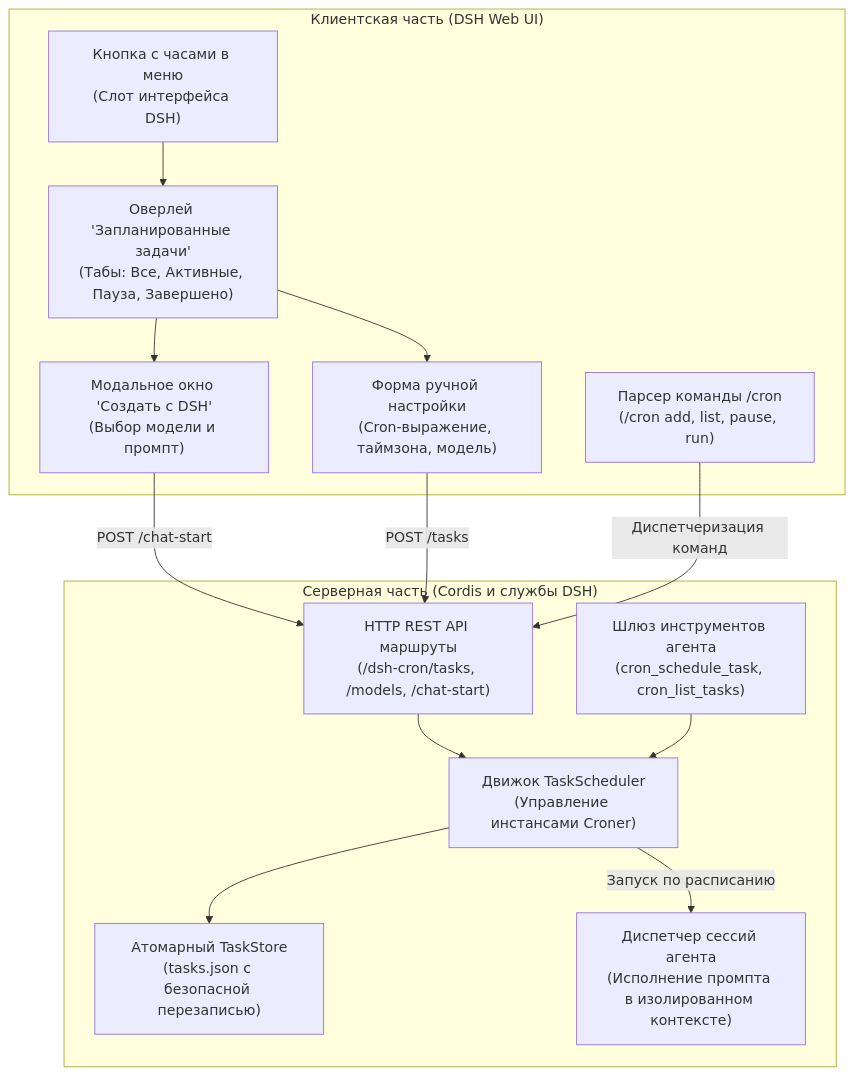
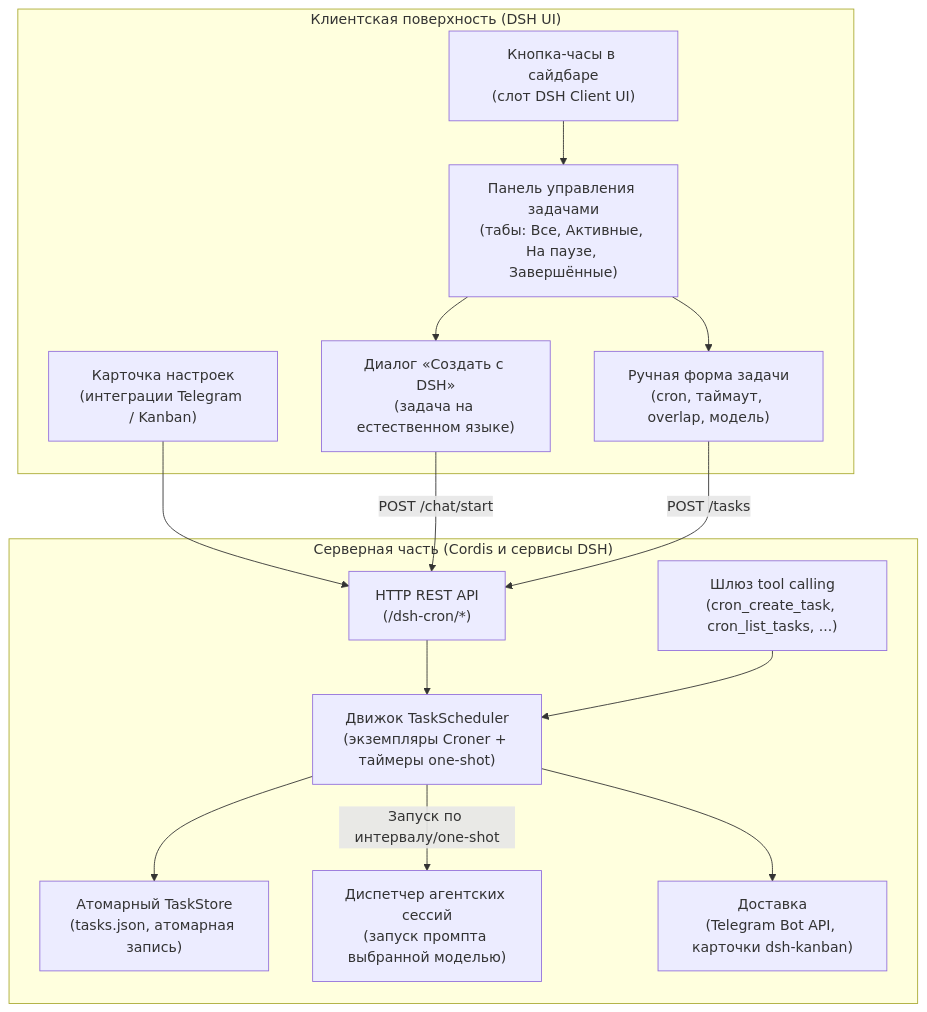
One commit to GooDAnDReaDY/dsh-cron changed the diagram in docs/README.ru.md. Above: the diagram before and after it, drawn with Mermaid. The commit also changed other lines of this file and 3 other files, not shown here.

````diff
--- a/docs/README.ru.md
+++ b/docs/README.ru.md
@@ -44,29 +43,31 @@
 ```mermaid
 graph TD
-    subgraph Client ["Клиентская часть (DSH Web UI)"]
-        SidebarBtn["Кнопка с часами в меню<br/>(Слот интерфейса DSH)"]
-        Overlay["Оверлей 'Запланированные задачи'<br/>(Табы: Все, Активные, Пауза, Завершено)"]
-        CreateWithDSH["Модальное окно 'Создать с DSH'<br/>(Выбор модели и промпт)"]
-        ManualForm["Форма ручной настройки<br/>(Cron-выражение, таймзона, модель)"]
-        SlashCmd["Парсер команды /cron<br/>(/cron add, list, pause, run)"]
+    subgraph Client ["Клиентская поверхность (DSH UI)"]
+        SidebarBtn["Кнопка-часы в сайдбаре<br/>(слот DSH Client UI)"]
+        Overlay["Панель управления задачами<br/>(табы: Все, Активные, На паузе, Завершённые)"]
+        CreateWithDSH["Диалог «Создать с DSH»<br/>(задача на естественном языке)"]
+        ManualForm["Ручная форма задачи<br/>(cron, таймаут, overlap, модель)"]
+        SettingsCard["Карточка настроек<br/>(интеграции Telegram / Kanban)"]
     end
 
-    subgraph Server ["Серверная часть (Cordis и службы DSH)"]
-        HttpRoutes["HTTP REST API маршруты<br/>(/dsh-cron/tasks, /models, /chat-start)"]
-        AgentTools["Шлюз инструментов агента<br/>(cron_schedule_task, cron_list_tasks)"]
-        Scheduler["Движок TaskScheduler<br/>(Управление инстансами Croner)"]
-        Store["Атомарный TaskStore<br/>(tasks.json с безопасной перезаписью)"]
-        AgentRunner["Диспетчер сессий агента<br/>(Исполнение промпта в изолированном контексте)"]
+    subgraph Server ["Серверная часть (Cordis и сервисы DSH)"]
+        HttpRoutes["HTTP REST API<br/>(/dsh-cron/*)"]
+        AgentTools["Шлюз tool calling<br/>(cron_create_task, cron_list_tasks, ...)"]
+        Scheduler["Движок TaskScheduler<br/>(экземпляры Croner + таймеры one-shot)"]
+        Store["Атомарный TaskStore<br/>(tasks.json, атомарная запись)"]
+        AgentRunner["Диспетчер агентских сессий<br/>(запуск промпта выбранной моделью)"]
+        Notify["Доставка<br/>(Telegram Bot API, карточки dsh-kanban)"]
     end
 
     SidebarBtn --> Overlay
     Overlay --> CreateWithDSH
     Overlay --> ManualForm
-    CreateWithDSH -->|POST /chat-start| HttpRoutes
+    SettingsCard --> HttpRoutes
+    CreateWithDSH -->|POST /chat/start| HttpRoutes
     ManualForm -->|POST /tasks| HttpRoutes
-    SlashCmd -->|Диспетчеризация команд| HttpRoutes
     HttpRoutes --> Scheduler
     AgentTools --> Scheduler
     Scheduler --> Store
-    Scheduler -->|Запуск по расписанию| AgentRunner
+    Scheduler -->|Запуск по интервалу/one-shot| AgentRunner
+    Scheduler --> Notify
 ```
````
